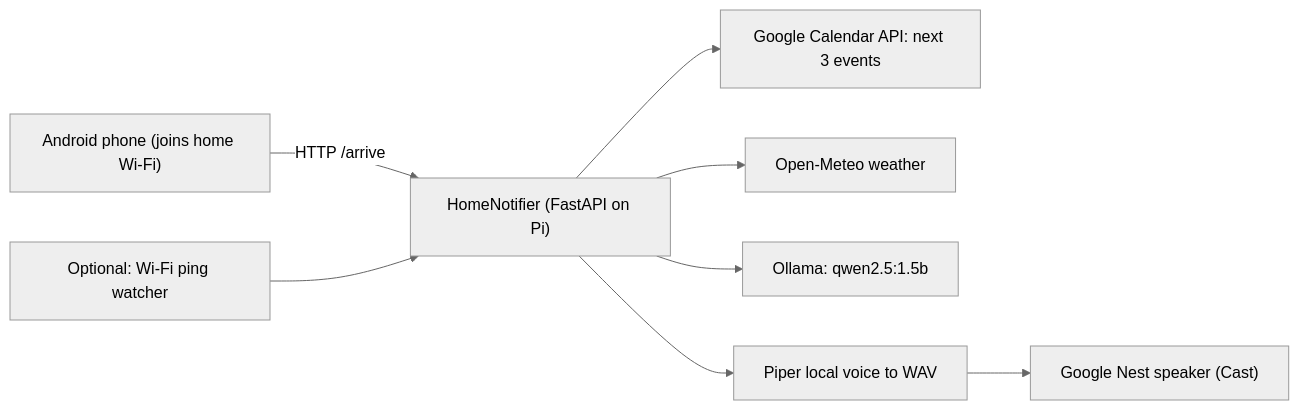
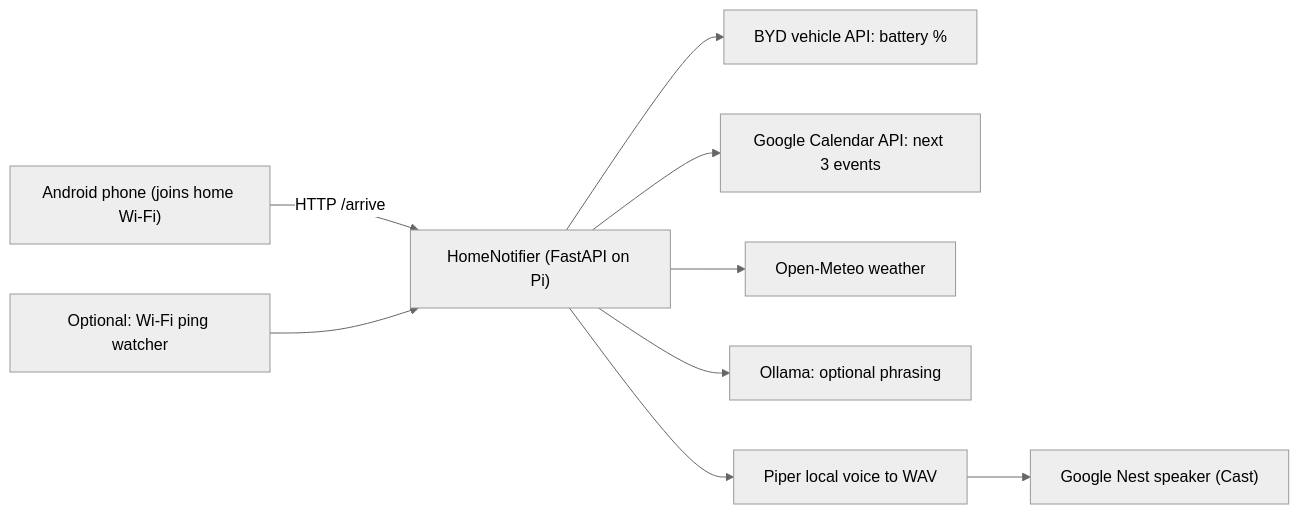
One commit to gilbo123/HomeNotifier changed the diagram in README.md. Above: the diagram before and after it, drawn with Mermaid (neutral theme). The commit also changed other lines of this file and 11 other files, not shown here.

````diff
--- a/README.md
+++ b/README.md
@@ -12,10 +13,11 @@
 ```mermaid
 flowchart LR
     phone["Android phone (joins home Wi-Fi)"] -- "HTTP /arrive" --> server
     ping["Optional: Wi-Fi ping watcher"] --> server
-    server["HomeNotifier (FastAPI on Pi)"] --> cal["Google Calendar API: next 3 events"]
+    server["HomeNotifier (FastAPI on Pi)"] --> byd["BYD vehicle API: battery %"]
+    server --> cal["Google Calendar API: next 3 events"]
     server --> wx["Open-Meteo weather"]
-    server --> llm["Ollama: qwen2.5:1.5b"]
+    server --> llm["Ollama: optional phrasing"]
     server --> tts["Piper local voice to WAV"]
     tts --> speaker["Google Nest speaker (Cast)"]
 ```
````
